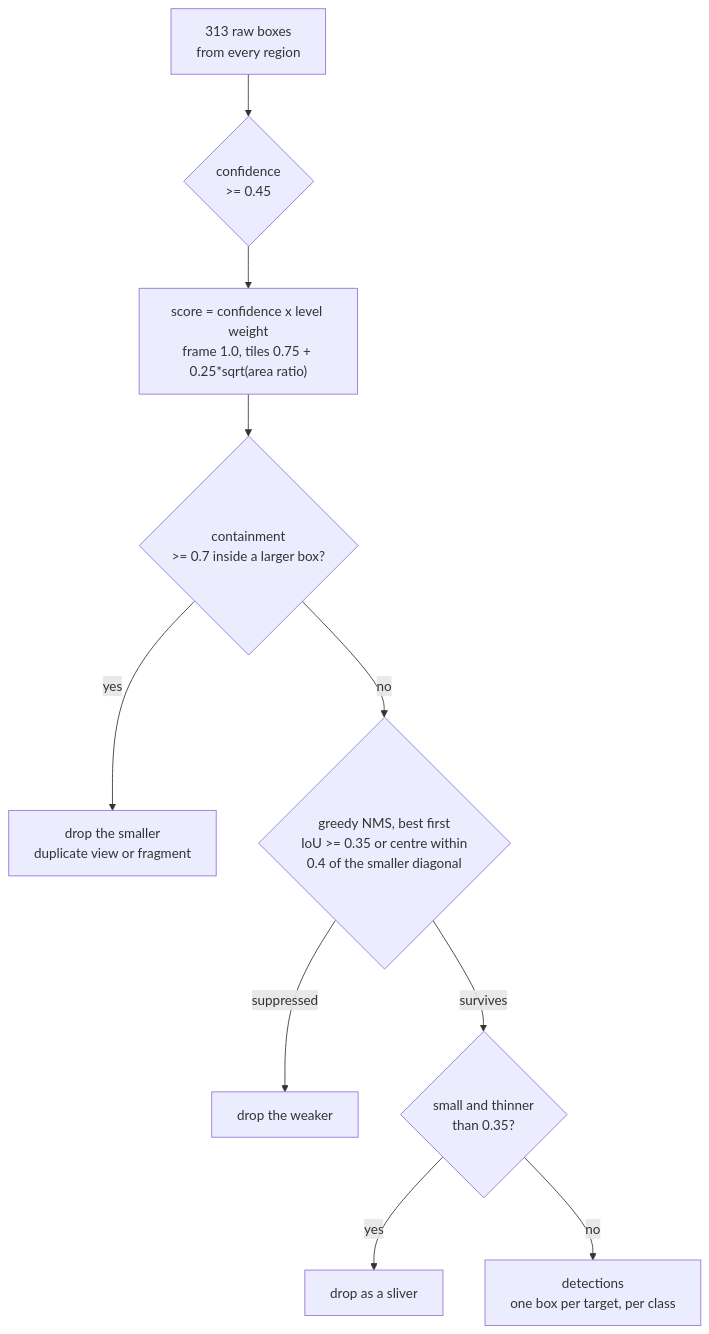
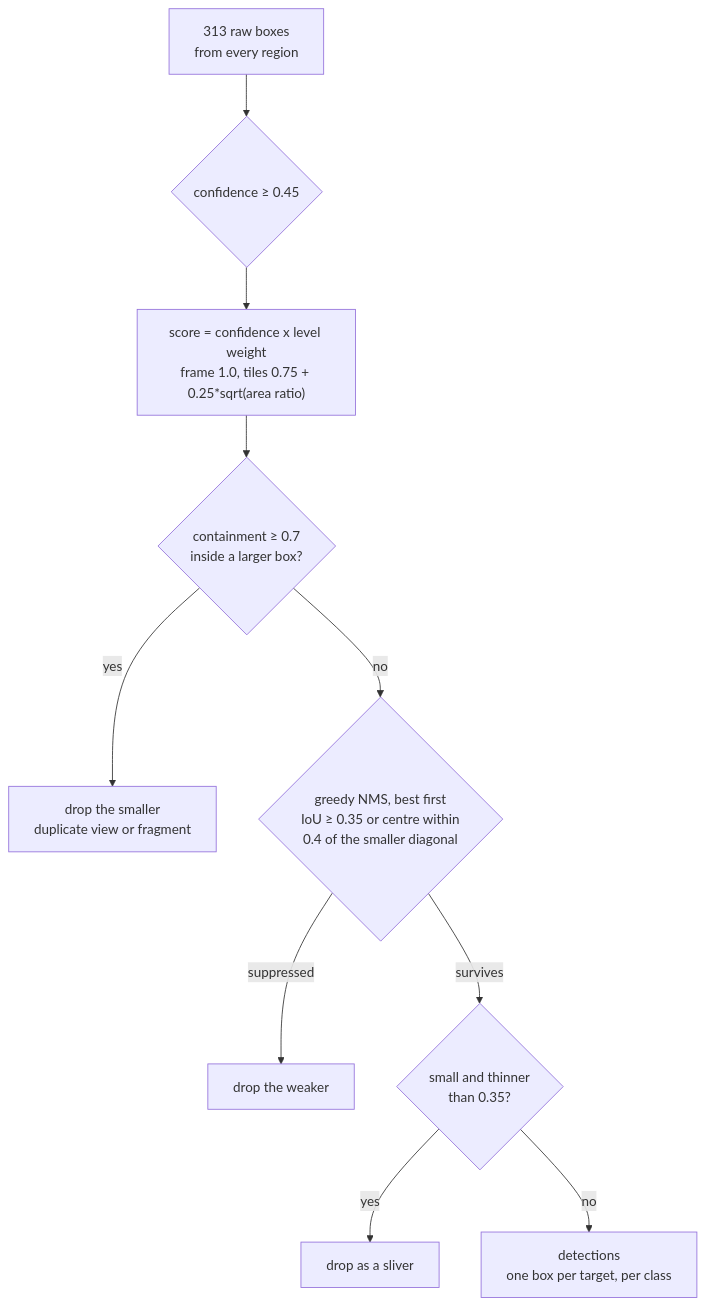
The fifth of 5 diagrams in README.md (Amr-devman/jev-self-driving-vision-demo), drawn with Mermaid before and after one commit. The commit also changed other lines of this file, not shown here.

Commit message:
README: mermaid-safe labels, title matches repo name

````diff
--- a/README.md
+++ b/README.md
@@ -157,12 +157,12 @@
 ```mermaid
 flowchart TB
-    RAW[313 raw boxes<br/>from every region] --> THR{confidence<br/>>= 0.45}
+    RAW["313 raw boxes<br/>from every region"] --> THR{"confidence ≥ 0.45"}
     THR --> SCORE["score = confidence x level weight<br/>frame 1.0, tiles 0.75 + 0.25*sqrt(area ratio)"]
-    SCORE --> CONT{containment<br/>>= 0.7 inside a larger box?}
-    CONT -->|yes| DROP1[drop the smaller<br/>duplicate view or fragment]
-    CONT -->|no| NMS{greedy NMS, best first<br/>IoU >= 0.35 or centre within<br/>0.4 of the smaller diagonal}
-    NMS -->|suppressed| DROP2[drop the weaker]
-    NMS -->|survives| SLIV{small and thinner<br/>than 0.35?}
-    SLIV -->|yes| DROP3[drop as a sliver]
-    SLIV -->|no| OUT[detections<br/>one box per target, per class]
+    SCORE --> CONT{"containment ≥ 0.7<br/>inside a larger box?"}
+    CONT -->|yes| DROP1["drop the smaller<br/>duplicate view or fragment"]
+    CONT -->|no| NMS{"greedy NMS, best first<br/>IoU ≥ 0.35 or centre within<br/>0.4 of the smaller diagonal"}
+    NMS -->|suppressed| DROP2["drop the weaker"]
+    NMS -->|survives| SLIV{"small and thinner<br/>than 0.35?"}
+    SLIV -->|yes| DROP3["drop as a sliver"]
+    SLIV -->|no| OUT["detections<br/>one box per target, per class"]
 ```
````
